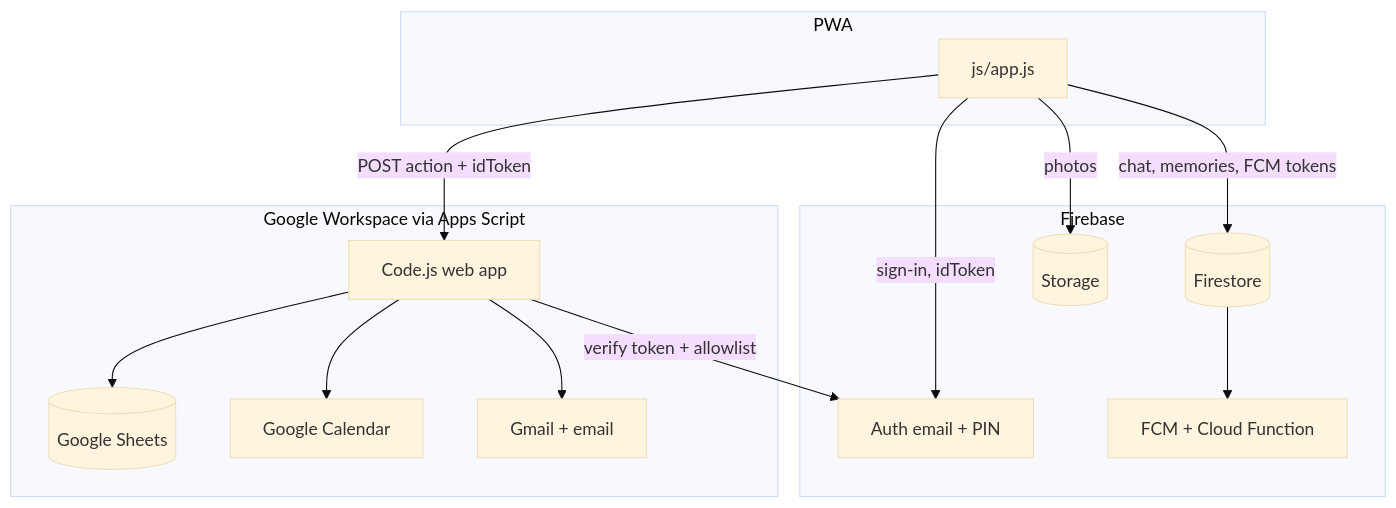
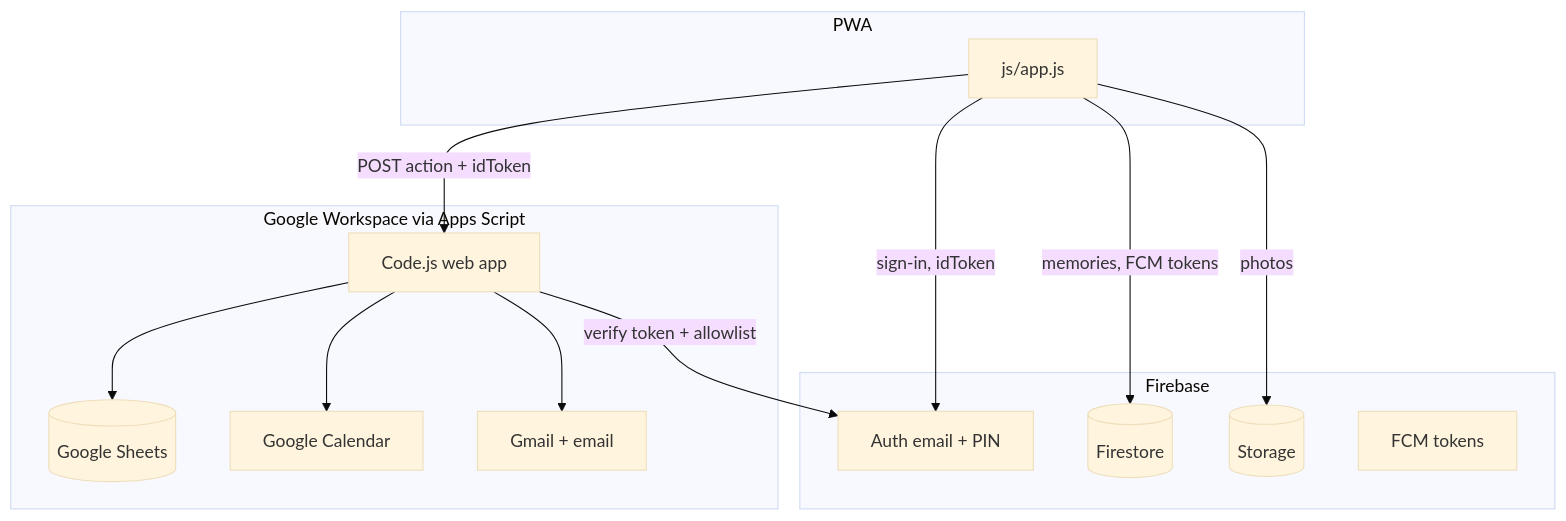
Before and after one commit to marcuswongjw/familylog: the diagram in ARCHITECTURE.md, drawn with Mermaid (base theme). The commit also changed other lines of this file and 5 other files, not shown here.

First line of the commit message:
Remove chat Cloud Function and upgrade Firebase SDKs

````diff
--- a/ARCHITECTURE.md
+++ b/ARCHITECTURE.md
@@ -5,30 +5,29 @@
 ```mermaid
 flowchart TB
   subgraph client [PWA]
     UI[js/app.js]
   end
 
   subgraph firebase [Firebase]
     Auth[Auth email + PIN]
     FS[(Firestore)]
     ST[(Storage)]
-    FCM[FCM + Cloud Function]
+    FCM[FCM tokens]
   end
 
   subgraph google [Google Workspace via Apps Script]
     GAS[Code.js web app]
     SH[(Google Sheets)]
     CAL[Google Calendar]
     MAIL[Gmail + email]
   end
 
   UI -->|sign-in, idToken| Auth
-  UI -->|chat, memories, FCM tokens| FS
+  UI -->|memories, FCM tokens| FS
   UI -->|photos| ST
-  FS --> FCM
   UI -->|POST action + idToken| GAS
   GAS -->|verify token + allowlist| Auth
   GAS --> SH
   GAS --> CAL
   GAS --> MAIL
 ```
````
